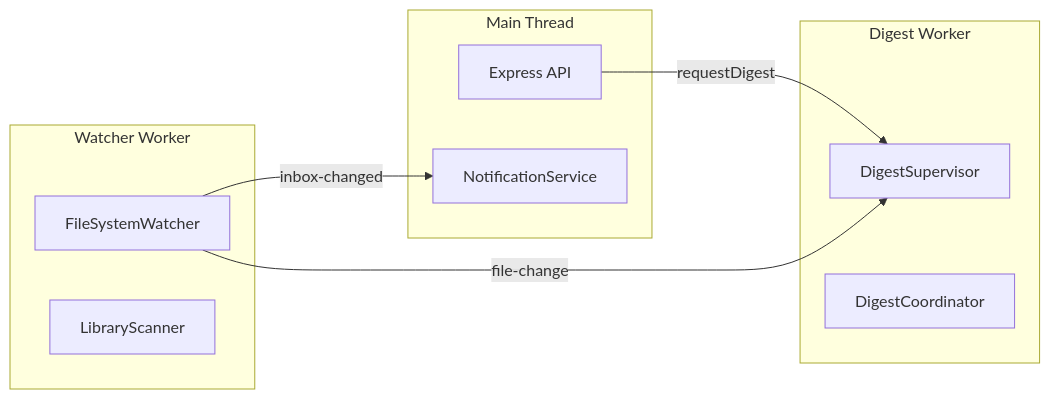
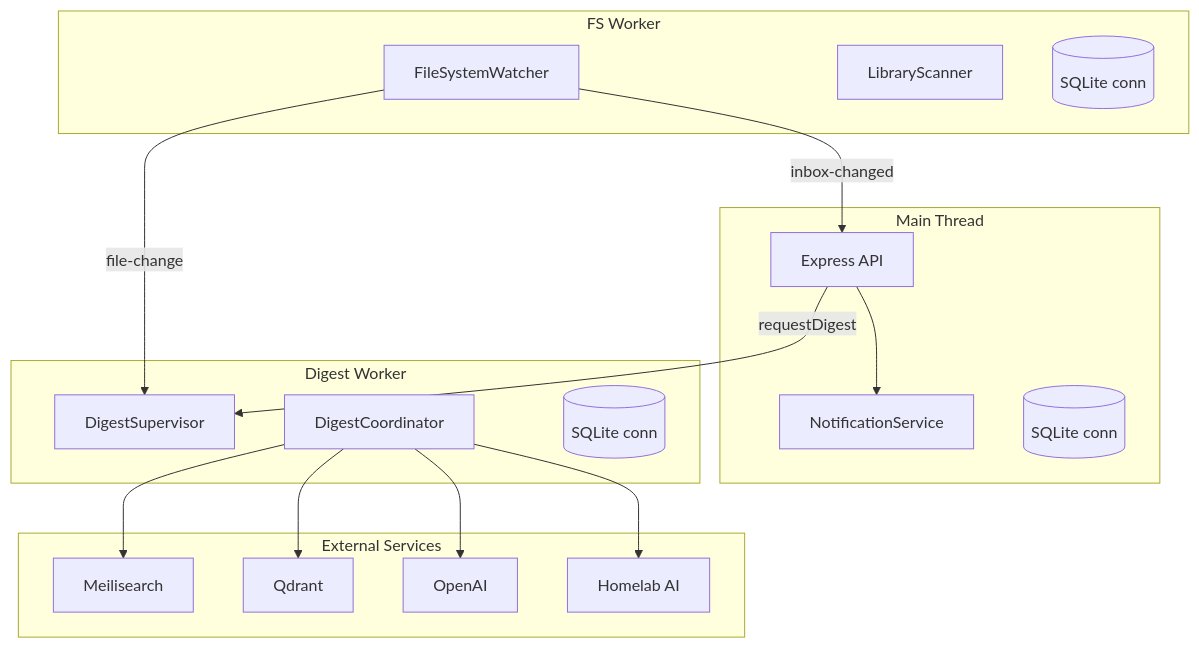
Before and after one commit to xiaoyuanzhu-com/my-life-db: the first of 4 diagrams in docs/worker.md, drawn with Mermaid. The commit also changed other lines of this file and 11 other files, not shown here.

First line of the commit message:
feat: add worker thread architecture for background processing

````diff
--- a/docs/worker.md
+++ b/docs/worker.md
@@ -171,21 +7,37 @@
 ```mermaid
-graph LR
+graph TB
     subgraph "Main Thread"
         API[Express API]
         NS[NotificationService]
+        DB1[(SQLite conn)]
     end
 
-    subgraph "Watcher Worker"
+    subgraph "FS Worker"
         FSW[FileSystemWatcher]
         SCAN[LibraryScanner]
+        DB2[(SQLite conn)]
     end
 
     subgraph "Digest Worker"
         SUP[DigestSupervisor]
         COORD[DigestCoordinator]
+        DB3[(SQLite conn)]
+    end
+
+    subgraph "External Services"
+        MEILI[Meilisearch]
+        QDRANT[Qdrant]
+        OPENAI[OpenAI]
+        HOMELAB[Homelab AI]
     end
 
     API -->|requestDigest| SUP
     FSW -->|file-change| SUP
-    FSW -->|inbox-changed| NS
+    FSW -->|inbox-changed| API
+    API --> NS
+
+    COORD --> MEILI
+    COORD --> QDRANT
+    COORD --> OPENAI
+    COORD --> HOMELAB
 ```
````
